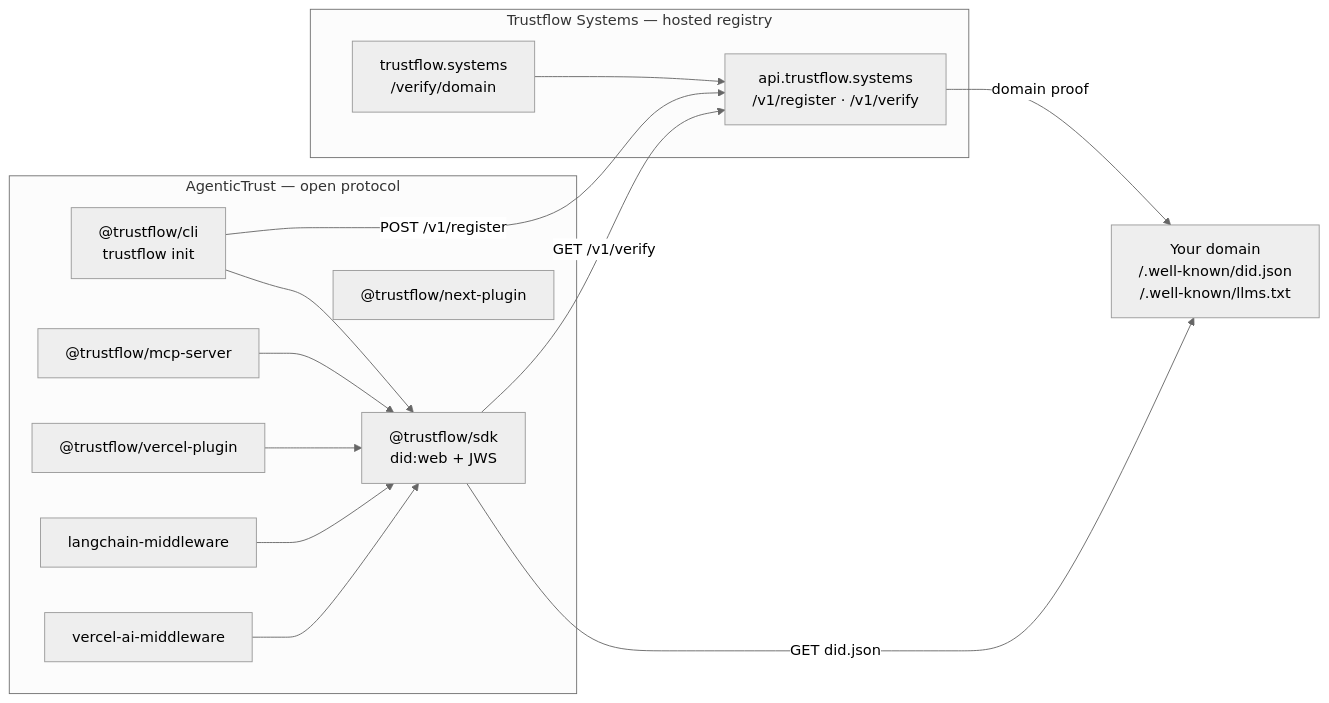
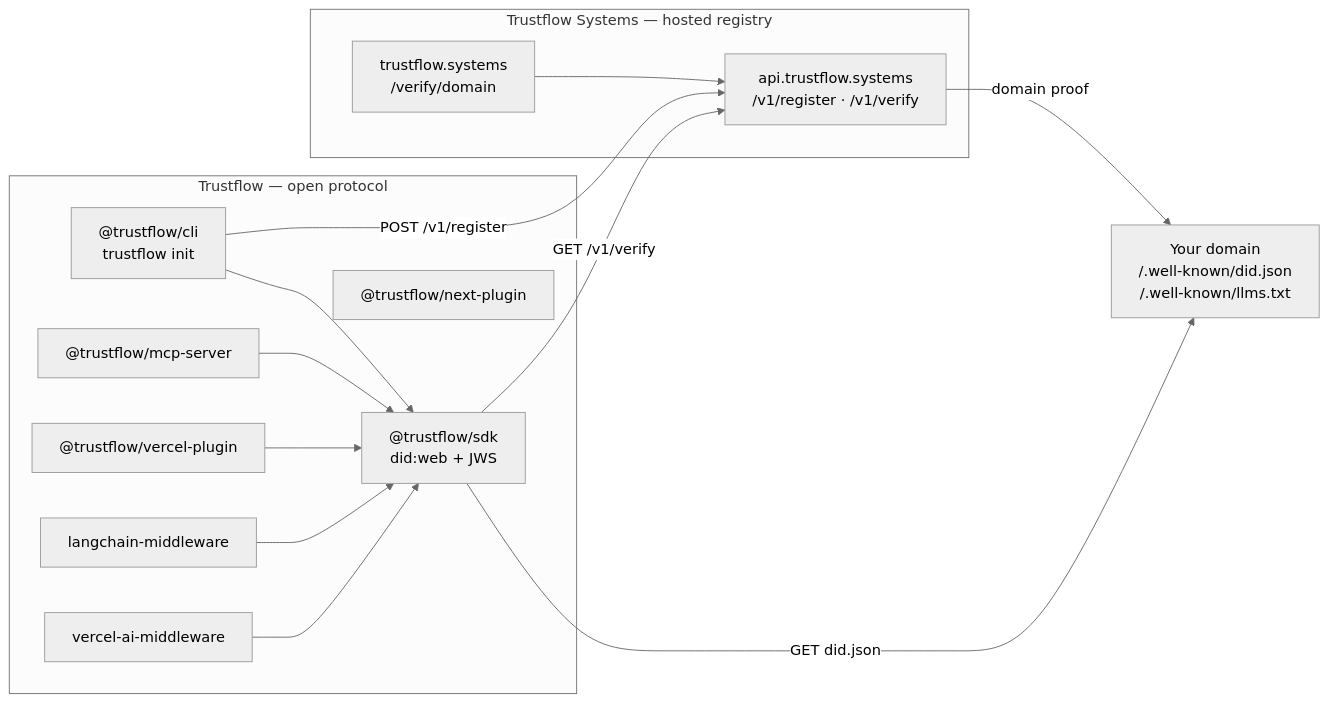
The diagram in README.md (etienne-source/agent-trust-sdk), drawn with Mermaid (neutral theme) before and after one commit. The commit also changed other lines of this file and 178 other files, not shown here.

````diff
--- a/README.md
+++ b/README.md
@@ -25,30 +25,30 @@
 ```mermaid
 flowchart LR
-  subgraph agents [AgenticTrust — open protocol]
+  subgraph agents [Trustflow — open protocol]
     CLI["@trustflow/cli<br/>trustflow init"]
     SDK["@trustflow/sdk<br/>did:web + JWS"]
     MCP["@trustflow/mcp-server"]
     NEXT["@trustflow/next-plugin"]
     VERCEL["@trustflow/vercel-plugin"]
     LC["langchain-middleware"]
     VAI["vercel-ai-middleware"]
   end
 
   subgraph registry [Trustflow Systems — hosted registry]
     SITE["trustflow.systems<br/>/verify/domain"]
     API["api.trustflow.systems<br/>/v1/register · /v1/verify"]
   end
 
   DOMAIN["Your domain<br/>/.well-known/did.json<br/>/.well-known/llms.txt"]
 
   CLI --> SDK
   MCP --> SDK
   LC --> SDK
   VAI --> SDK
   VERCEL --> SDK
   CLI -->|"POST /v1/register"| API
   SDK -->|"GET did.json"| DOMAIN
   SDK -->|"GET /v1/verify"| API
   SITE --> API
   API -->|"domain proof"| DOMAIN
 ```
````
